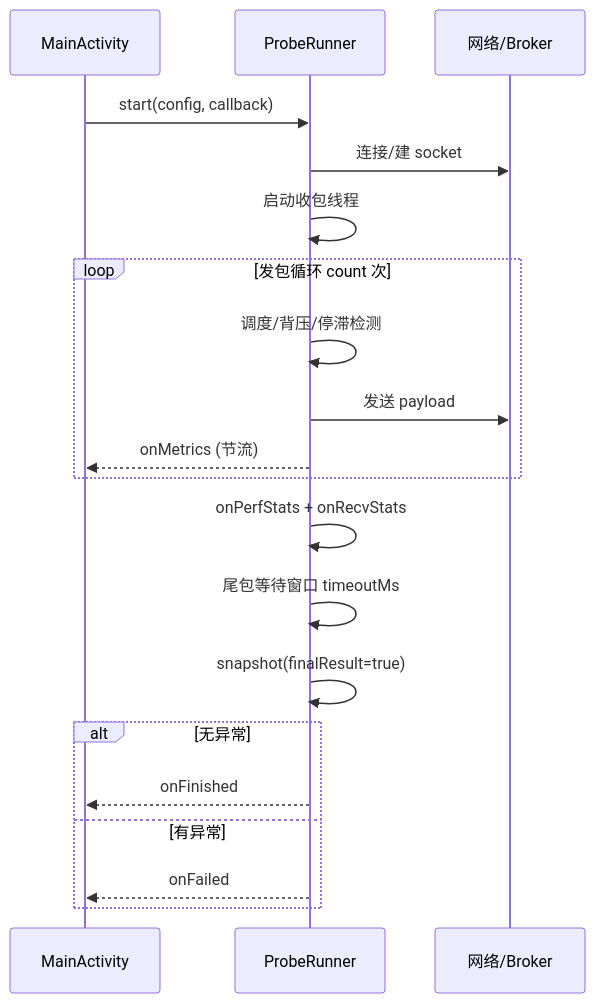
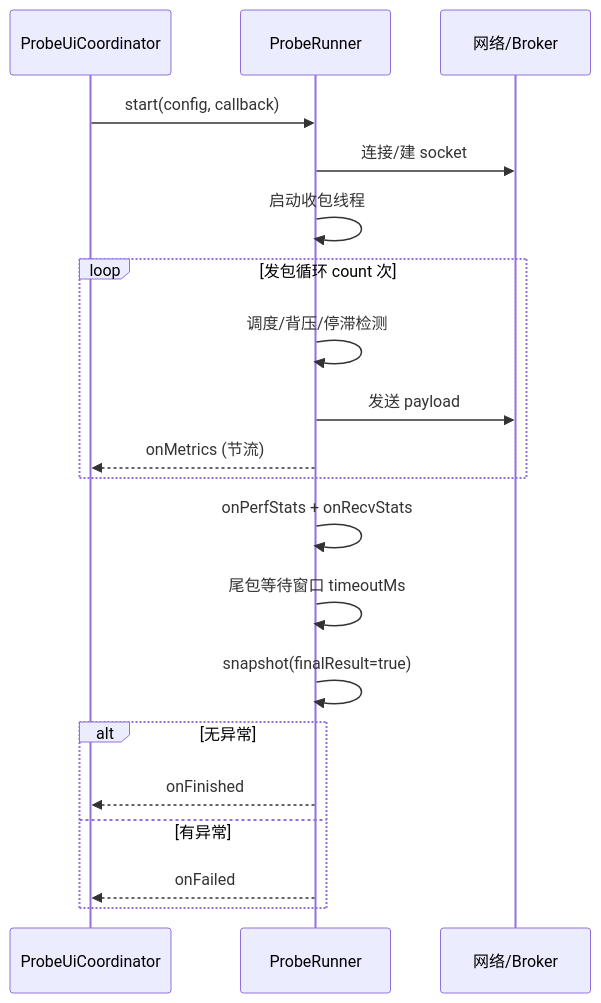
Before and after one commit to WooYu/MNTTest: the second of 2 diagrams in docs/android-probe-as-is.md, drawn with Mermaid. The commit also changed other lines of this file and 9 other files, not shown here.

````diff
--- a/docs/android-probe-as-is.md
+++ b/docs/android-probe-as-is.md
@@ -175,23 +186,23 @@
 ```mermaid
 sequenceDiagram
-    participant UI as MainActivity
+    participant UI as ProbeUiCoordinator
     participant R as ProbeRunner
     participant Net as 网络/Broker
 
     UI->>R: start(config, callback)
     R->>Net: 连接/建 socket
     R->>R: 启动收包线程
     loop 发包循环 count 次
         R->>R: 调度/背压/停滞检测
         R->>Net: 发送 payload
         R-->>UI: onMetrics (节流)
     end
     R->>R: onPerfStats + onRecvStats
     R->>R: 尾包等待窗口 timeoutMs
     R->>R: snapshot(finalResult=true)
     alt 无异常
         R-->>UI: onFinished
     else 有异常
         R-->>UI: onFailed
     end
 ```
````
